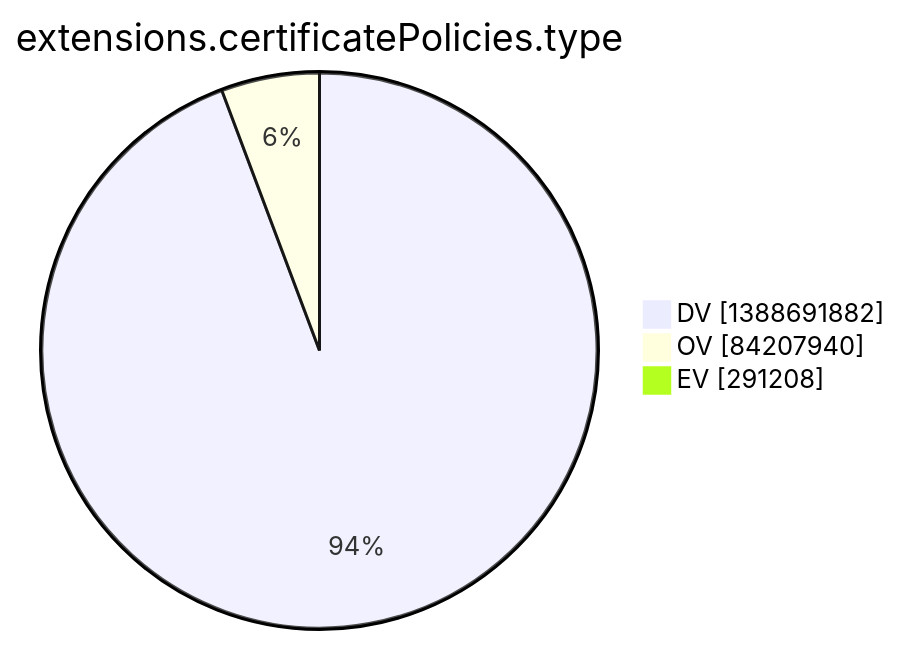
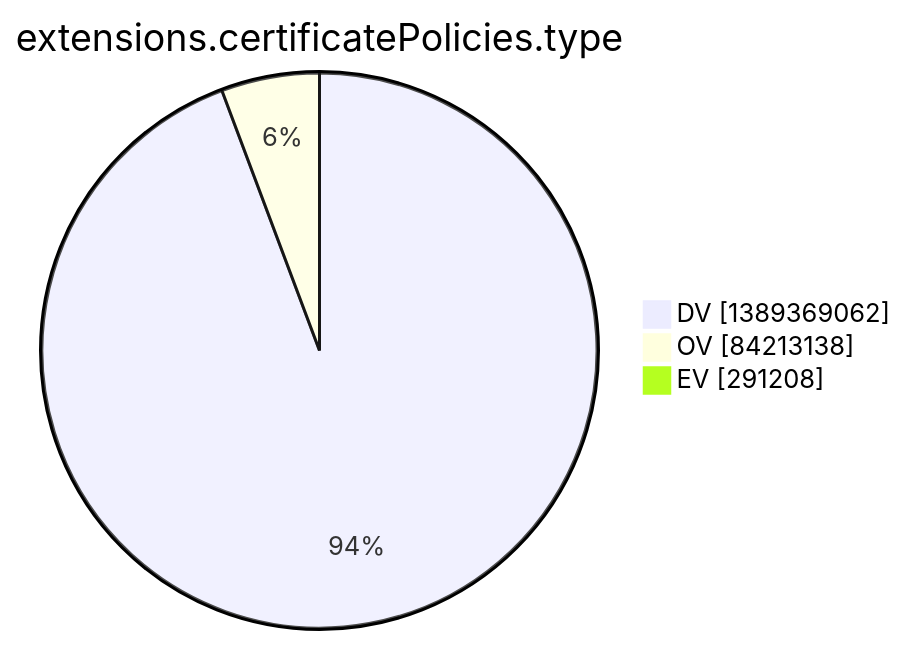
One commit to christiankrug/ctmonitor_visualization changed the tenth of 15 diagrams in argon2022/README.md. Above: the diagram before and after it, drawn with Mermaid. The commit also changed other lines of this file, not shown here.

````diff
--- a/argon2022/README.md
+++ b/argon2022/README.md
@@ -2773,7 +2773,7 @@
 ```mermaid
 pie showData
 title extensions.certificatePolicies.type
-"DV" :1388691882
-"OV" :84207940
+"DV" :1389369062
+"OV" :84213138
 "EV" :291208
 ```
````
